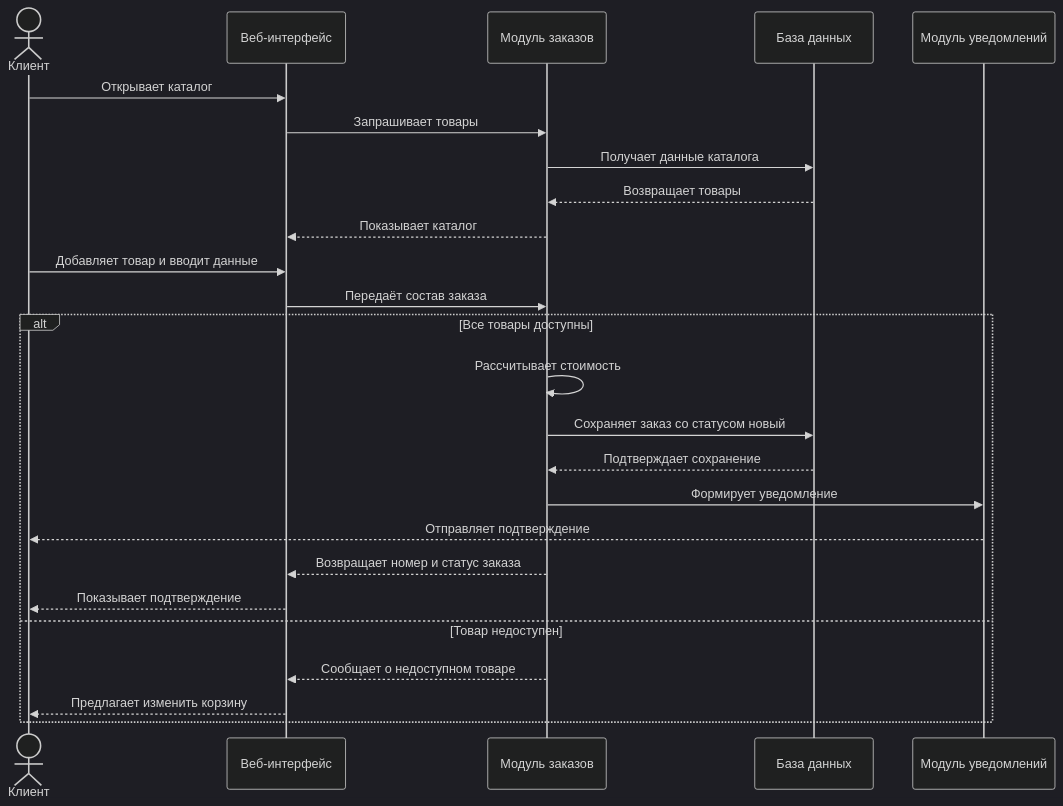
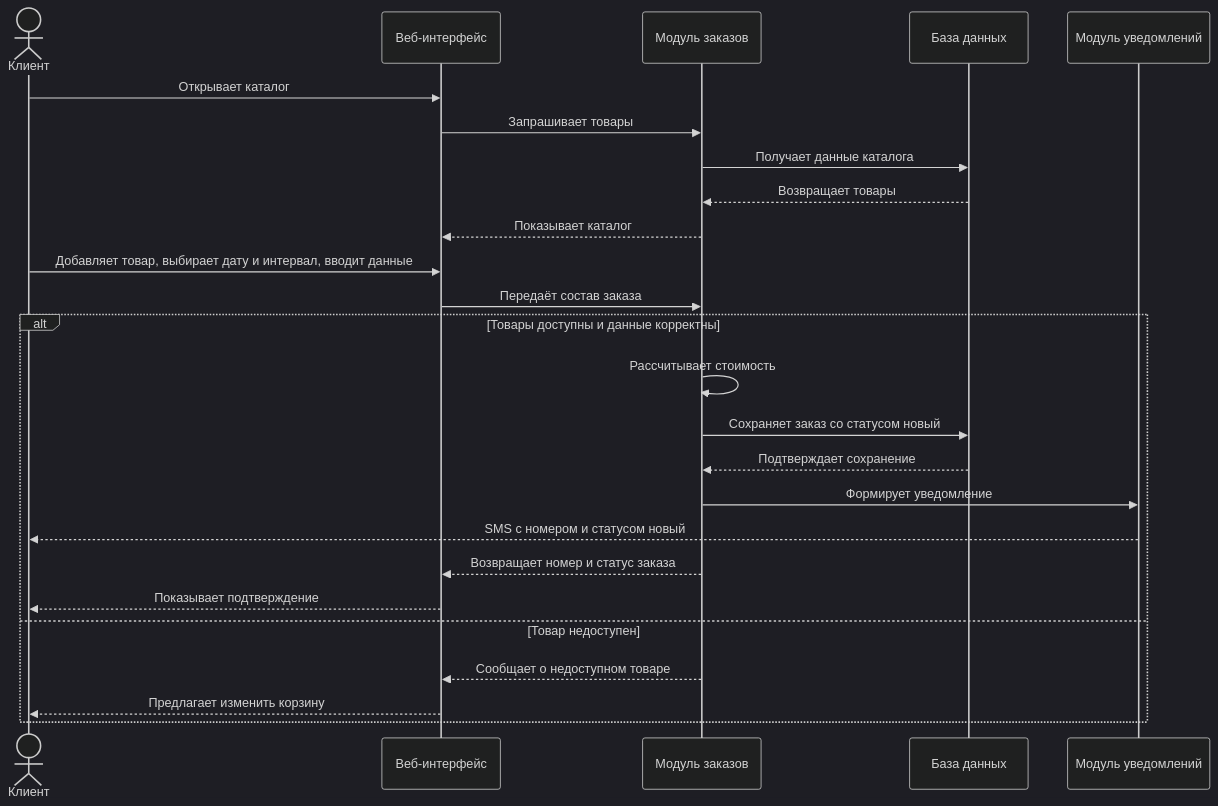
The second of 2 diagrams in docs/05_uml_diagrams_and_test_cases.md (eiweri/edelweiss-flower-farm), drawn with Mermaid (dark theme) before and after one commit. The commit also changed other lines of this file, not shown here.

Commit message:
Дополнены UML-последовательность и тесты для исправленных требований

````diff
--- a/docs/05_uml_diagrams_and_test_cases.md
+++ b/docs/05_uml_diagrams_and_test_cases.md
@@ -50,27 +50,27 @@
 ```mermaid
 sequenceDiagram
     actor Клиент
     participant UI as Веб-интерфейс
     participant ORD as Модуль заказов
     participant DB as База данных
     participant NOTIF as Модуль уведомлений
     Клиент->>UI: Открывает каталог
     UI->>ORD: Запрашивает товары
     ORD->>DB: Получает данные каталога
     DB-->>ORD: Возвращает товары
     ORD-->>UI: Показывает каталог
-    Клиент->>UI: Добавляет товар и вводит данные
+    Клиент->>UI: Добавляет товар, выбирает дату и интервал, вводит данные
     UI->>ORD: Передаёт состав заказа
-    alt Все товары доступны
+    alt Товары доступны и данные корректны
         ORD->>ORD: Рассчитывает стоимость
         ORD->>DB: Сохраняет заказ со статусом новый
         DB-->>ORD: Подтверждает сохранение
         ORD->>NOTIF: Формирует уведомление
-        NOTIF-->>Клиент: Отправляет подтверждение
+        NOTIF-->>Клиент: SMS с номером и статусом новый
         ORD-->>UI: Возвращает номер и статус заказа
         UI-->>Клиент: Показывает подтверждение
     else Товар недоступен
         ORD-->>UI: Сообщает о недоступном товаре
         UI-->>Клиент: Предлагает изменить корзину
     end
 ```
````
